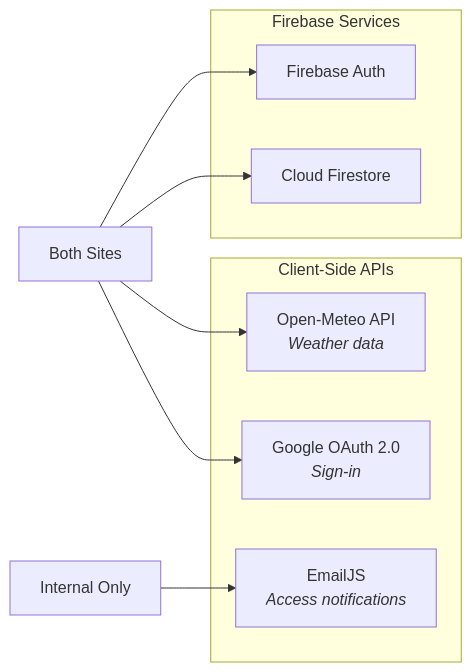
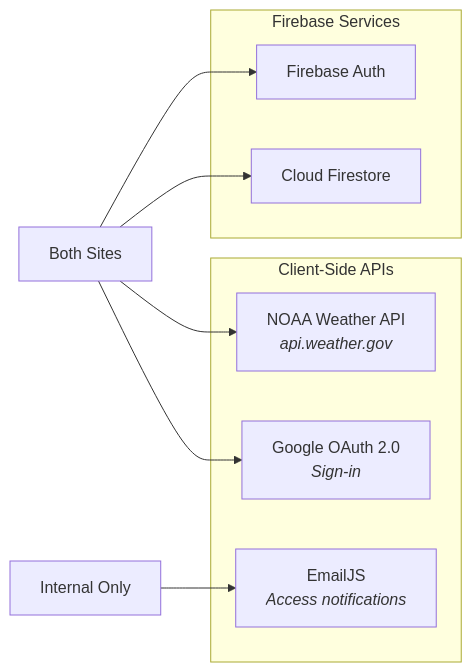
Before and after one commit to MountainsToGo/bbhosts: the eighth of 8 diagrams in ARCHITECTURE.md, drawn with Mermaid. The commit also changed other lines of this file and 4 other files, not shown here.

Commit message:
Update all documentation to reflect current features: icon grid admin panels, access request system with EmailJS, discounts, NOAA weather API, composite index docs

````diff
--- a/ARCHITECTURE.md
+++ b/ARCHITECTURE.md
@@ -302,19 +302,19 @@
 ```mermaid
 graph LR
     subgraph "Client-Side APIs"
-        WEATHER["Open-Meteo API<br/><i>Weather data</i>"]
+        WEATHER["NOAA Weather API<br/><i>api.weather.gov</i>"]
         GOOGLE["Google OAuth 2.0<br/><i>Sign-in</i>"]
         EMAILJS["EmailJS<br/><i>Access notifications</i>"]
     end
 
     subgraph "Firebase Services"
         FAUTH["Firebase Auth"]
         FDB["Cloud Firestore"]
     end
 
     APP["Both Sites"] --> WEATHER
     APP --> GOOGLE
     APP --> FAUTH
     APP --> FDB
     INT_ONLY["Internal Only"] --> EMAILJS
 ```
````
